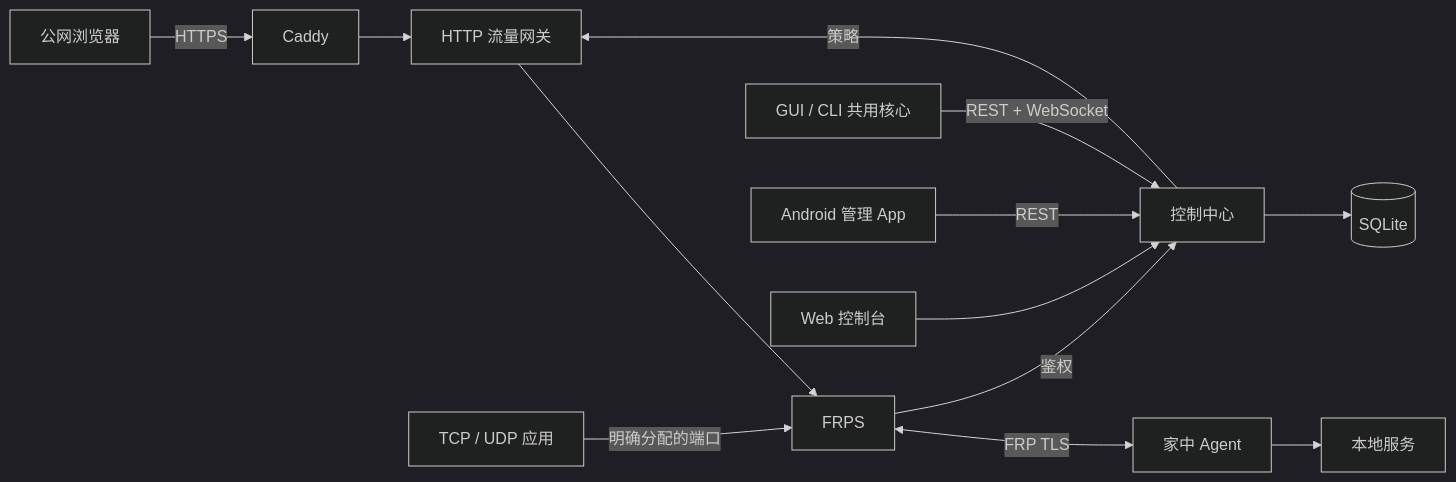
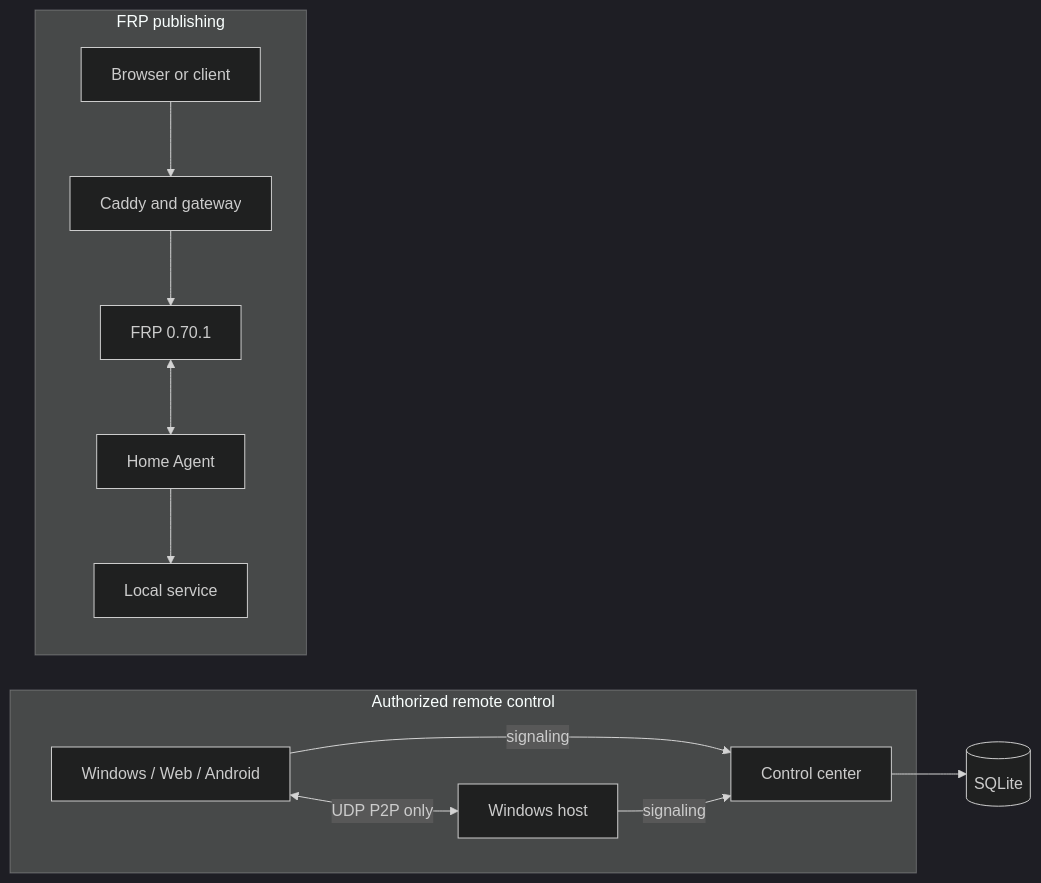
One commit to ZHanry/home-tunnel changed the diagram in docs/ARCHITECTURE.md. Above: the diagram before and after it, drawn with Mermaid (dark theme). The commit also changed other lines of this file and 62 other files, not shown here.

````diff
--- a/docs/ARCHITECTURE.md
+++ b/docs/ARCHITECTURE.md
@@ -5,15 +5,15 @@
 ```mermaid
 flowchart LR
-    Browser[公网浏览器] -->|HTTPS| Caddy
-    Caddy --> Gateway[HTTP 流量网关]
-    Gateway --> FRPS
-    Raw[TCP / UDP 应用] -->|明确分配的端口| FRPS
-    FRPS <-->|FRP TLS| Agent[家中 Agent]
-    Agent --> Local[本地服务]
-    GUI[GUI / CLI 共用核心] -->|REST + WebSocket| Control[控制中心]
-    Android[Android 管理 App] -->|REST| Control
-    Console[Web 控制台] --> Control
-    Control --> SQLite[(SQLite)]
-    FRPS -->|鉴权| Control
-    Control -->|策略| Gateway
+  subgraph remote [Authorized remote control]
+    Controller[Windows / Web / Android] <-->|UDP P2P only| Host[Windows host]
+    Controller -->|signaling| Control
+    Host -->|signaling| Control
+  end
+  subgraph tunnel [FRP publishing]
+    Visitor[Browser or client] --> Edge[Caddy and gateway]
+    Edge --> FRPS[FRP 0.70.1]
+    FRPS <--> Agent[Home Agent]
+    Agent --> Local[Local service]
+  end
+  Control[Control center] --> DB[(SQLite)]
 ```
````
